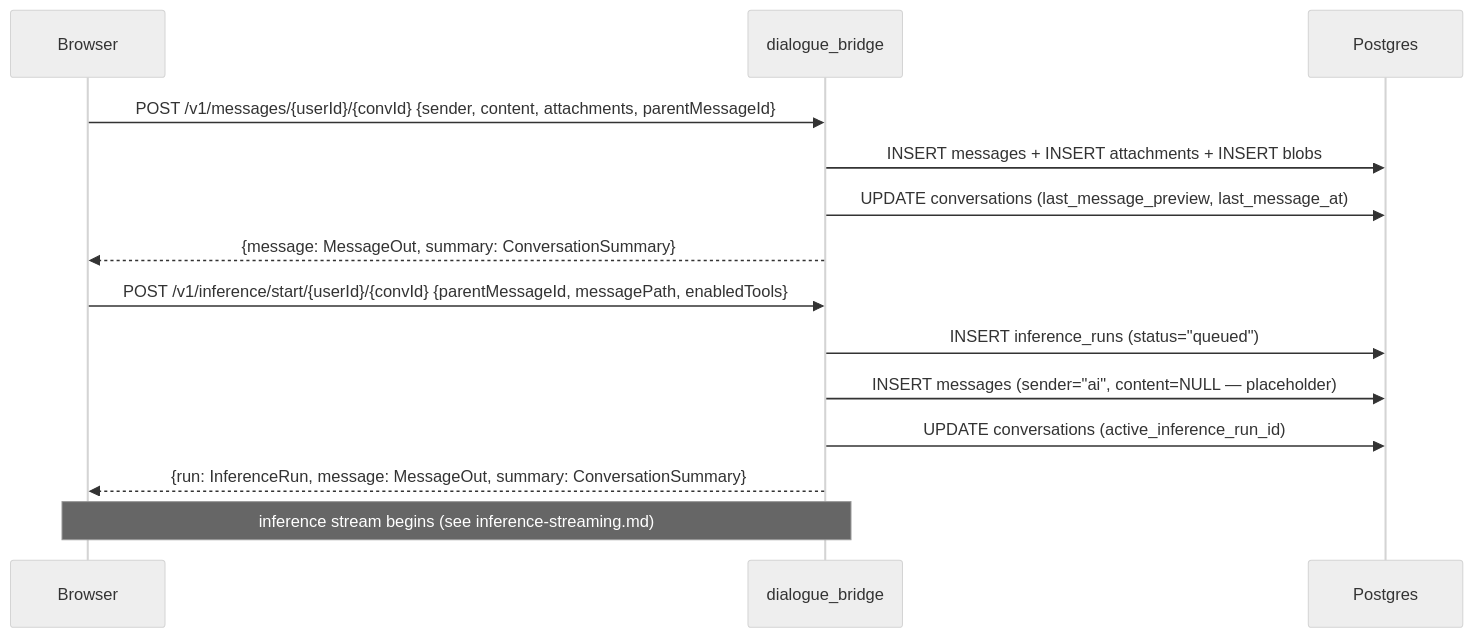
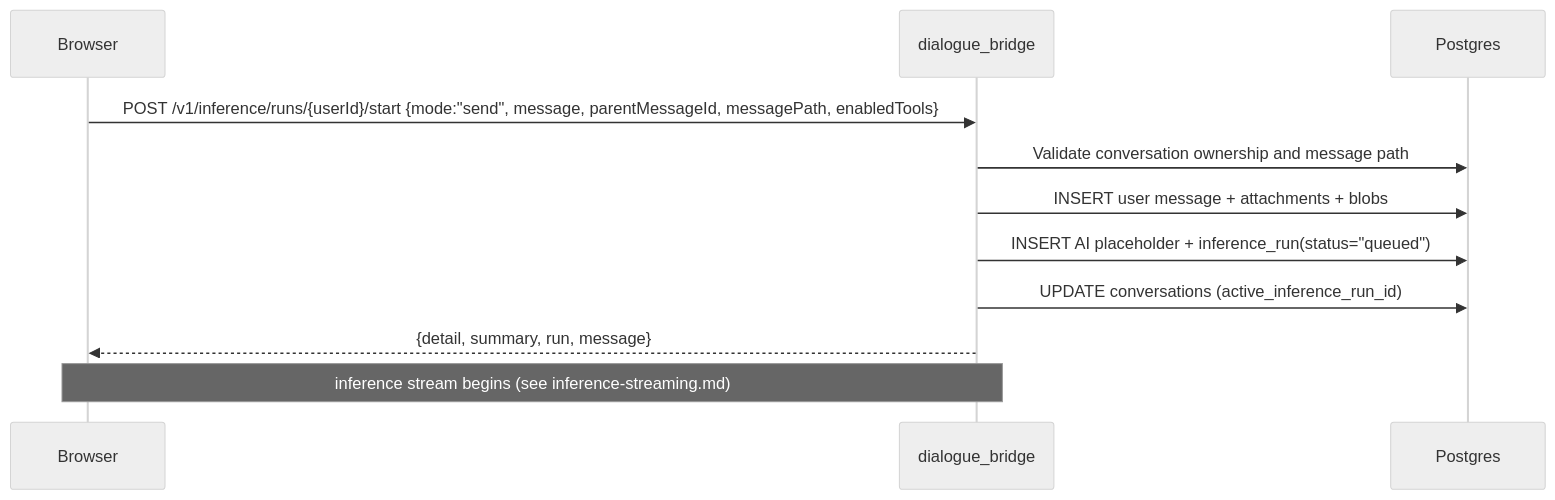
The second of 6 diagrams in docs/flows/conversation-management.md (konstantinosmpouros/mAgenticX), drawn with Mermaid (neutral theme) before and after one commit. The commit also changed other lines of this file and 26 other files, not shown here.

Commit message:
Refactor inference start flow to backend-owned runs

````diff
--- a/docs/flows/conversation-management.md
+++ b/docs/flows/conversation-management.md
@@ -26,18 +26,14 @@
 ```mermaid
 sequenceDiagram
     participant Browser
     participant Bridge as dialogue_bridge
     participant PG as Postgres
 
-    Browser->>Bridge: POST /v1/messages/{userId}/{convId} {sender, content, attachments, parentMessageId}
-    Bridge->>PG: INSERT messages + INSERT attachments + INSERT blobs
-    Bridge->>PG: UPDATE conversations (last_message_preview, last_message_at)
-    Bridge-->>Browser: {message: MessageOut, summary: ConversationSummary}
-
-    Browser->>Bridge: POST /v1/inference/start/{userId}/{convId} {parentMessageId, messagePath, enabledTools}
-    Bridge->>PG: INSERT inference_runs (status="queued")
-    Bridge->>PG: INSERT messages (sender="ai", content=NULL — placeholder)
+    Browser->>Bridge: POST /v1/inference/runs/{userId}/start {mode:"send", message, parentMessageId, messagePath, enabledTools}
+    Bridge->>PG: Validate conversation ownership and message path
+    Bridge->>PG: INSERT user message + attachments + blobs
+    Bridge->>PG: INSERT AI placeholder + inference_run(status="queued")
     Bridge->>PG: UPDATE conversations (active_inference_run_id)
-    Bridge-->>Browser: {run: InferenceRun, message: MessageOut, summary: ConversationSummary}
+    Bridge-->>Browser: {detail, summary, run, message}
     Note over Browser,Bridge: inference stream begins (see inference-streaming.md)
 ```
````
